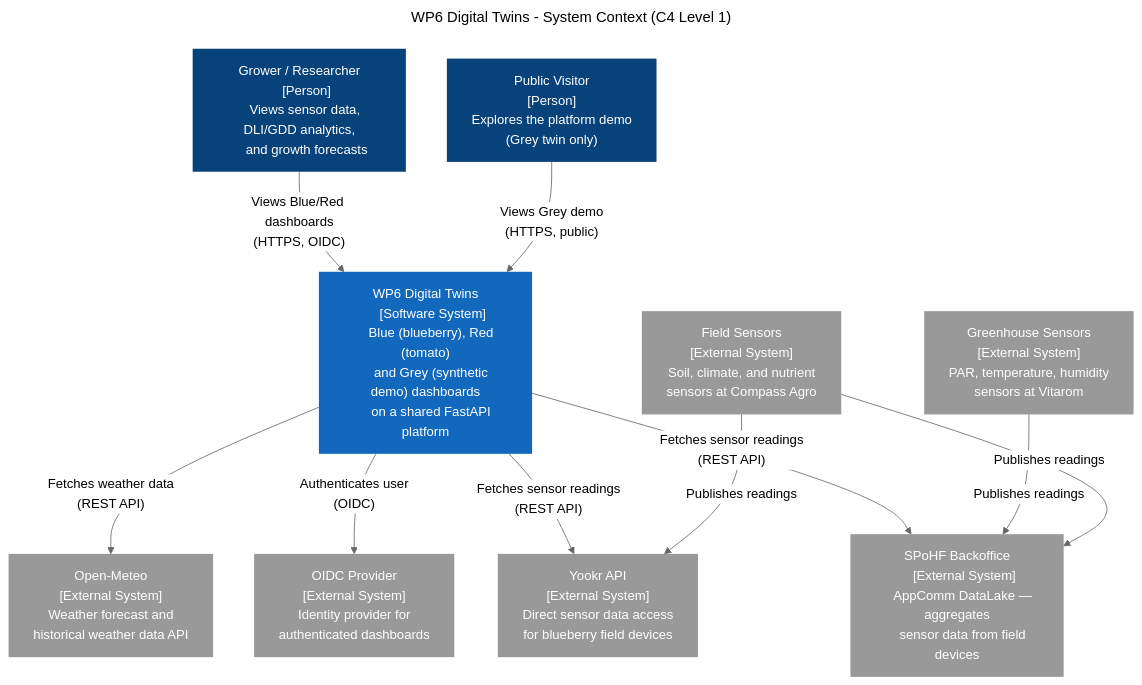
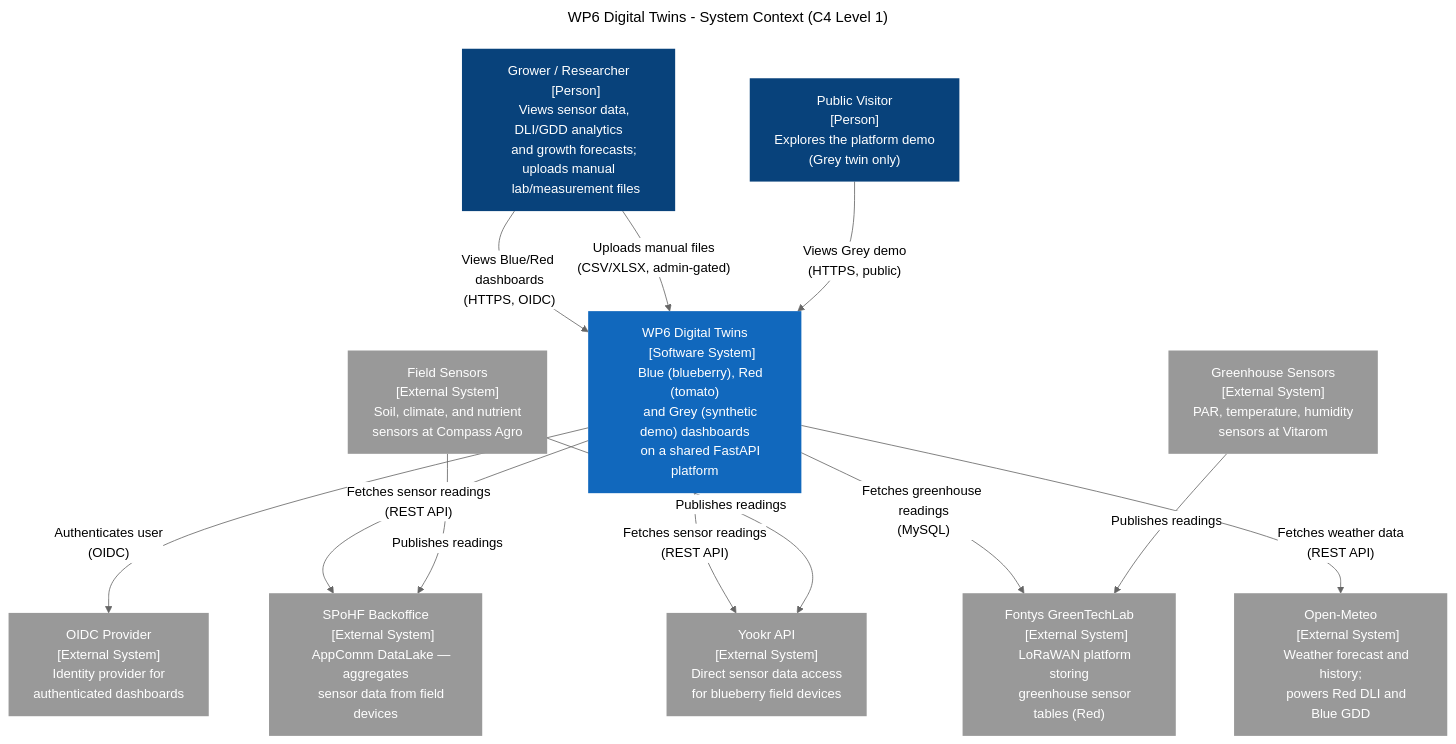
Before and after one commit to SPOHF/SPoHF-WP6-Twins: the diagram in docs/architecture/diagrams/system-context.mmd, drawn with Mermaid (neutral theme). The commit also changed 4 other files, not shown here.

First line of the commit message:
docs(architecture): refresh C4 diagrams to current implementation

```diff
--- a/docs/architecture/diagrams/system-context.mmd
+++ b/docs/architecture/diagrams/system-context.mmd
@@ -1,65 +1,73 @@
 ---
 title: "WP6 Digital Twins - System Context (C4 Level 1)"
 ---
 graph TB
     %% SSOT — also embedded in docs/architecture/index.md.
     %% Edit this file first, then mirror into index.md.
     classDef person fill:#08427b,color:#fff,stroke:none
     classDef system fill:#1168bd,color:#fff,stroke:none
     classDef external fill:#999,color:#fff,stroke:none
 
     grower["Grower / Researcher
     [Person]
-    Views sensor data, DLI/GDD analytics,
-    and growth forecasts"]:::person
+    Views sensor data, DLI/GDD analytics
+    and growth forecasts; uploads manual
+    lab/measurement files"]:::person
 
     visitor["Public Visitor
     [Person]
     Explores the platform demo
     (Grey twin only)"]:::person
 
     wp6["WP6 Digital Twins
     [Software System]
     Blue (blueberry), Red (tomato)
     and Grey (synthetic demo) dashboards
     on a shared FastAPI platform"]:::system
 
     spohf["SPoHF Backoffice
     [External System]
     AppComm DataLake — aggregates
     sensor data from field devices"]:::external
 
     yookr["Yookr API
     [External System]
     Direct sensor data access
     for blueberry field devices"]:::external
 
     openmeteo["Open-Meteo
     [External System]
-    Weather forecast and
-    historical weather data API"]:::external
+    Weather forecast and history;
+    powers Red DLI and Blue GDD"]:::external
 
     oidc["OIDC Provider
     [External System]
     Identity provider for
     authenticated dashboards"]:::external
+
+    greentechlab["Fontys GreenTechLab
+    [External System]
+    LoRaWAN platform storing
+    greenhouse sensor tables (Red)"]:::external
 
     greenhouse["Greenhouse Sensors
     [External System]
     PAR, temperature, humidity
     sensors at Vitarom"]:::external
 
     field["Field Sensors
     [External System]
     Soil, climate, and nutrient
     sensors at Compass Agro"]:::external
 
     grower -->|"Views Blue/Red dashboards\n(HTTPS, OIDC)"| wp6
+    grower -->|"Uploads manual files\n(CSV/XLSX, admin-gated)"| wp6
     visitor -->|"Views Grey demo\n(HTTPS, public)"| wp6
     wp6 -->|"Authenticates user\n(OIDC)"| oidc
     wp6 -->|"Fetches sensor readings\n(REST API)"| spohf
     wp6 -->|"Fetches sensor readings\n(REST API)"| yookr
+    wp6 -->|"Fetches greenhouse readings\n(MySQL)"| greentechlab
     wp6 -->|"Fetches weather data\n(REST API)"| openmeteo
-    greenhouse -->|"Publishes readings"| spohf
+    greenhouse -->|"Publishes readings"| greentechlab
     field -->|"Publishes readings"| spohf
     field -->|"Publishes readings"| yookr
```
